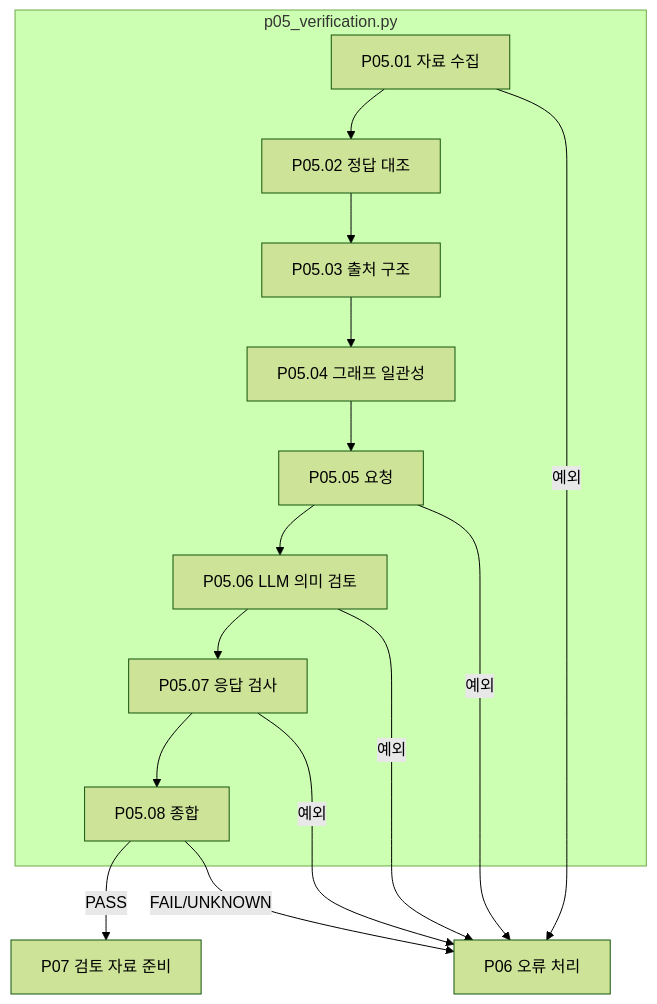
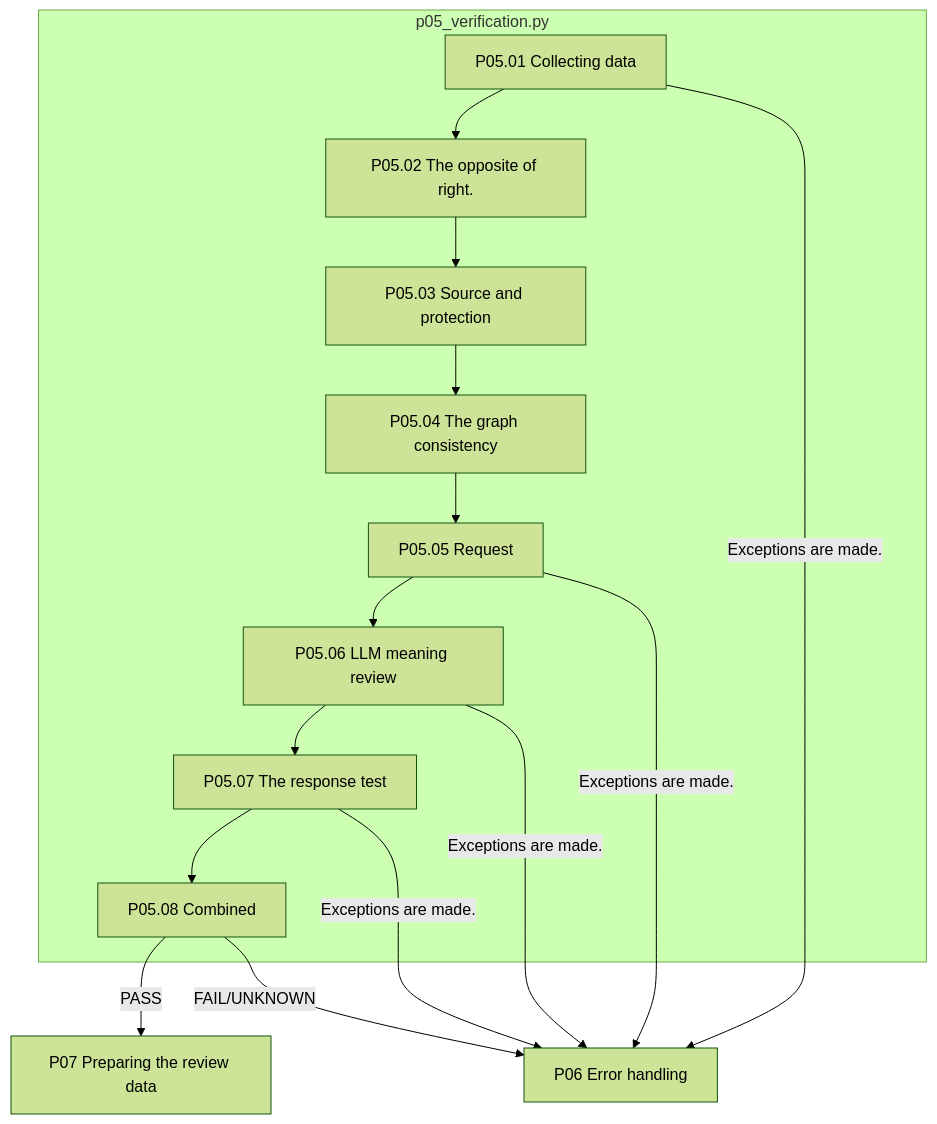
The diagram in src/finarch/documentation/templates/stages/01-dataset/01-preparation/05-verification/README.md (pnu-clink/finject), drawn with Mermaid (forest theme) before and after one commit. The commit also changed other lines of this file and 644 other files, not shown here.

````diff
--- a/src/finarch/documentation/templates/stages/01-dataset/01-preparation/05-verification/README.md
+++ b/src/finarch/documentation/templates/stages/01-dataset/01-preparation/05-verification/README.md
@@ -24,10 +24,10 @@
 ```mermaid
 flowchart TD
  subgraph V["p05_verification.py"]
-  A["P05.01 자료 수집"] --> B["P05.02 정답 대조"] --> C["P05.03 출처 구조"] --> D["P05.04 그래프 일관성"]
-  D --> E["P05.05 요청"] --> F["P05.06 LLM 의미 검토"] --> G["P05.07 응답 검사"] --> H["P05.08 종합"]
+  A["P05.01 Collecting data"] --> B["P05.02 The opposite of right."] --> C["P05.03 Source and protection"] --> D["P05.04 The graph consistency"]
+  D --> E["P05.05 Request"] --> F["P05.06 LLM meaning review"] --> G["P05.07 The response test"] --> H["P05.08 Combined"]
  end
- H -->|PASS| N["P07 검토 자료 준비"]
- H -->|FAIL/UNKNOWN| X["P06 오류 처리"]
- A & E & F & G -->|예외| X
+ H -->|PASS| N["P07 Preparing the review data"]
+ H -->|FAIL/UNKNOWN| X["P06 Error handling"]
+ A & E & F & G -->|Exceptions are made.| X
 ```
````
